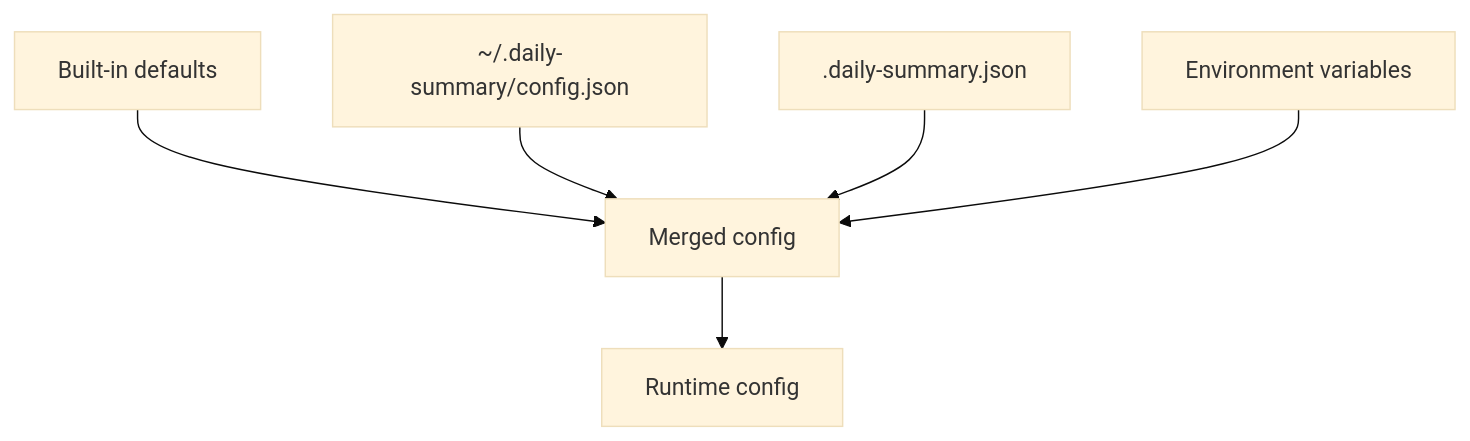
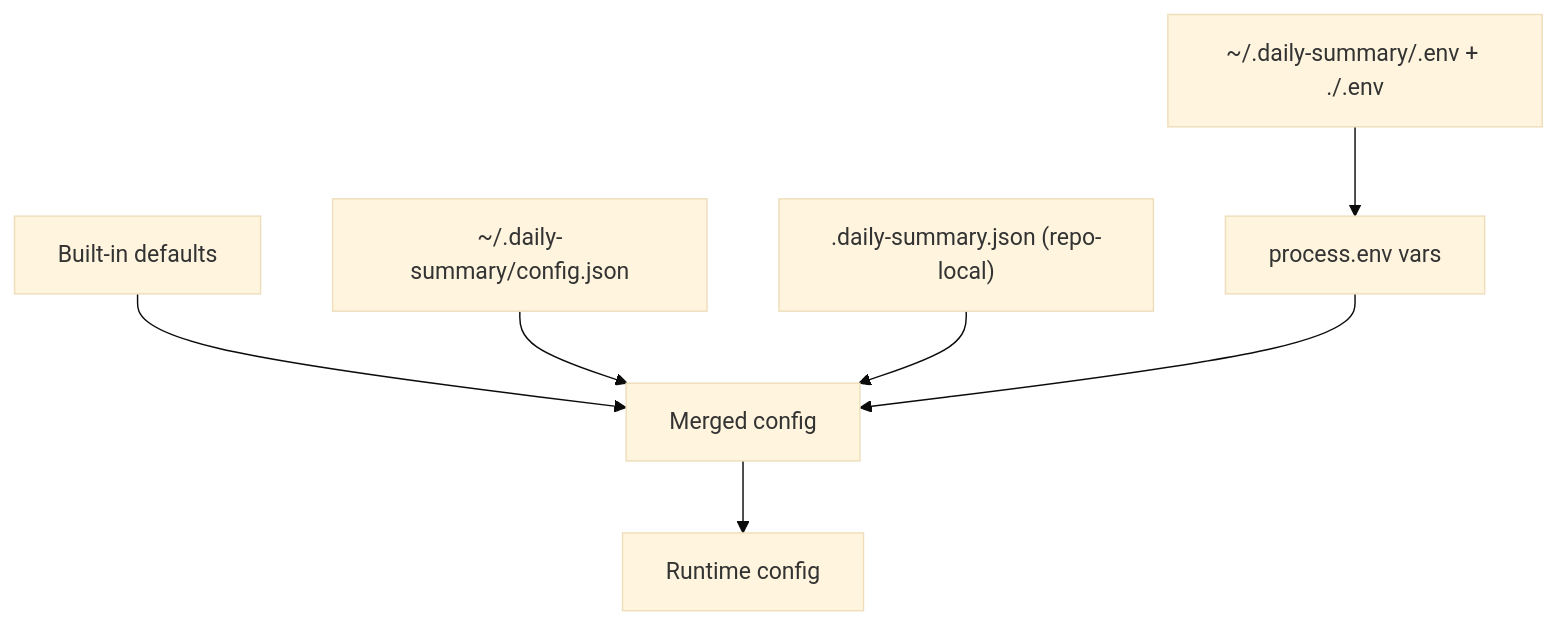
Before and after one commit to Vedant1202/work-summarizer: the second of 2 diagrams in README.md, drawn with Mermaid (base theme). The commit also changed other lines of this file and 1 other file, not shown here.

First line of the commit message:
docs: fix mermaid diagrams to accurately reflect current architecture

````diff
--- a/README.md
+++ b/README.md
@@ -58,8 +57,9 @@
 ```mermaid
 flowchart TD
-  A["Built-in defaults"] --> E["Merged config"]
-  B["~/.daily-summary/config.json"] --> E
-  C[".daily-summary.json"] --> E
-  D["Environment variables"] --> E
-  E --> F["Runtime config"]
+  A["Built-in defaults"] --> F["Merged config"]
+  B["~/.daily-summary/config.json"] --> F
+  C[".daily-summary.json (repo-local)"] --> F
+  D["~/.daily-summary/.env + ./.env"] --> E["process.env vars"]
+  E --> F
+  F --> G["Runtime config"]
 ```
````
